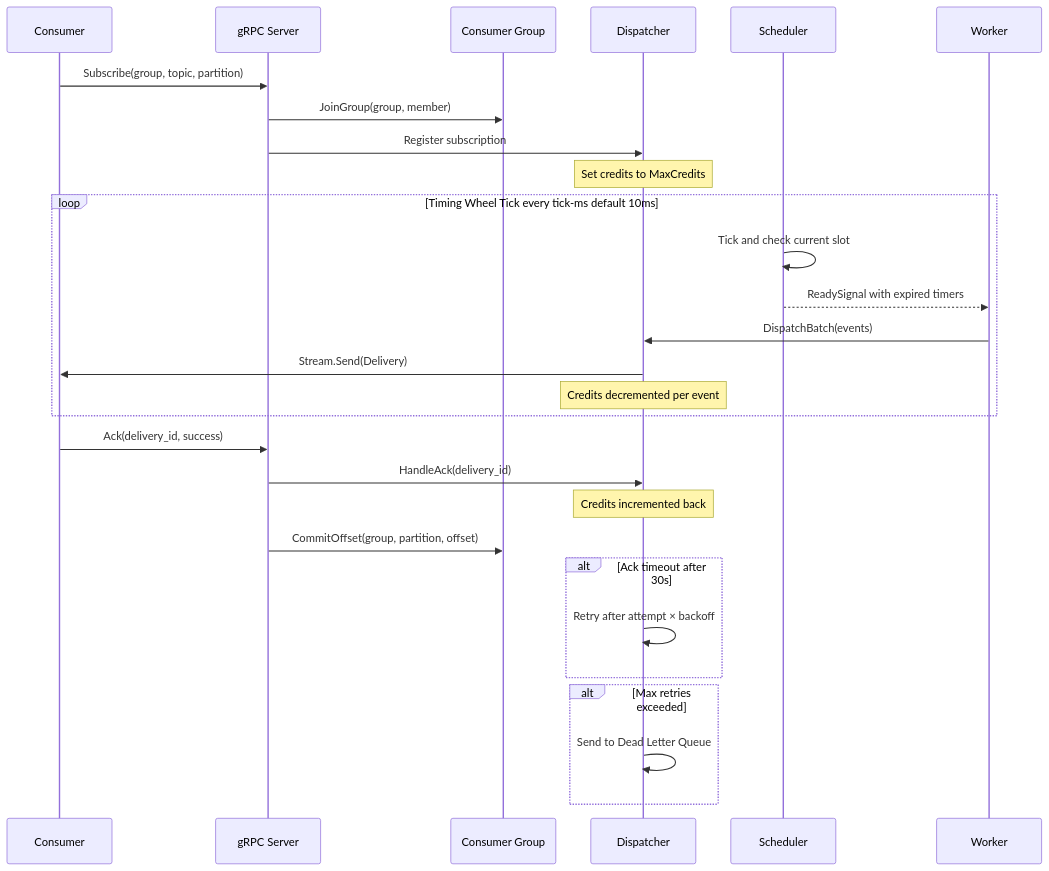
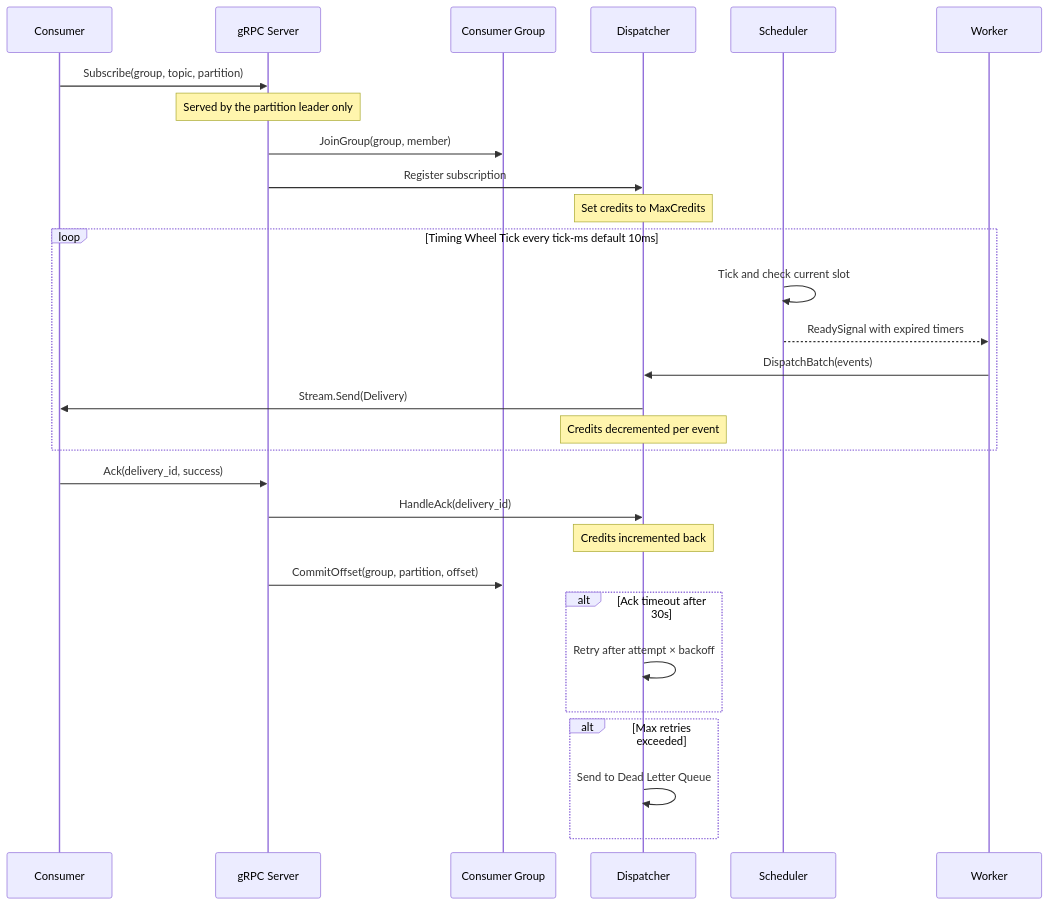
The sixth of 47 diagrams in ARCHITECTURE.md (jatin711-debug/cronos_db_golang), drawn with Mermaid before and after one commit. The commit also changed other lines of this file and 31 other files, not shown here.

````diff
--- a/ARCHITECTURE.md
+++ b/ARCHITECTURE.md
@@ -260,35 +282,36 @@
 ```mermaid
 sequenceDiagram
     participant Client as Consumer
     participant gRPC as gRPC Server
     participant CG as Consumer Group
     participant DSP as Dispatcher
     participant SCH as Scheduler
     participant WRK as Worker
 
     Client->>gRPC: Subscribe(group, topic, partition)
+    Note over gRPC: Served by the partition leader only
     gRPC->>CG: JoinGroup(group, member)
     gRPC->>DSP: Register subscription
     Note over DSP: Set credits to MaxCredits
 
     loop Timing Wheel Tick every tick-ms default 10ms
         SCH->>SCH: Tick and check current slot
         SCH-->>WRK: ReadySignal with expired timers
         WRK->>DSP: DispatchBatch(events)
         DSP->>Client: Stream.Send(Delivery)
         Note over DSP: Credits decremented per event
     end
 
     Client->>gRPC: Ack(delivery_id, success)
     gRPC->>DSP: HandleAck(delivery_id)
     Note over DSP: Credits incremented back
     gRPC->>CG: CommitOffset(group, partition, offset)
 
     alt Ack timeout after 30s
         DSP->>DSP: Retry after attempt × backoff
     end
 
     alt Max retries exceeded
         DSP->>DSP: Send to Dead Letter Queue
     end
 ```
````
